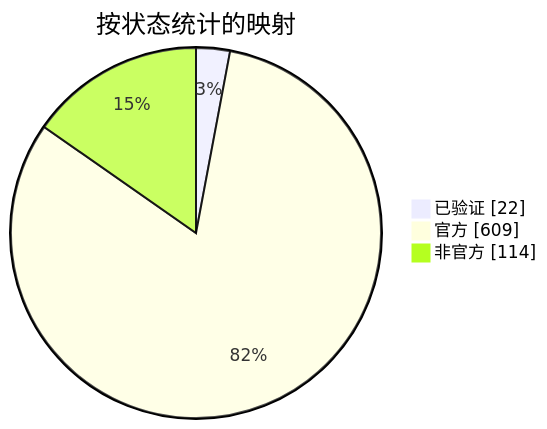
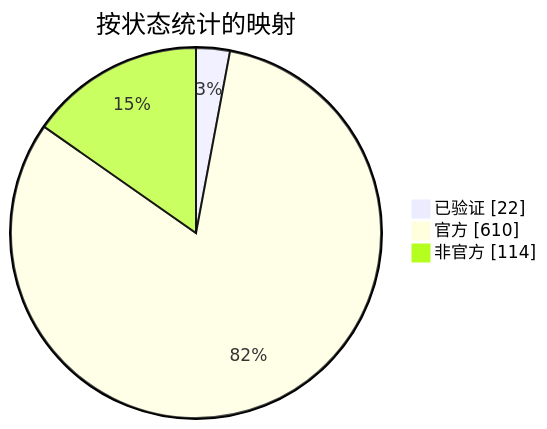
The diagram in docs/readme/README_ZHS.md (nobrega8/mbmap-library), drawn with Mermaid before and after one commit. The commit also changed 6 other files, not shown here.

````diff
--- a/docs/readme/README_ZHS.md
+++ b/docs/readme/README_ZHS.md
@@ -54,7 +54,7 @@
 ```mermaid
 pie showData
     title 按状态统计的映射
     "已验证" : 22
-    "官方" : 609
+    "官方" : 610
     "非官方" : 114
 ```
````
